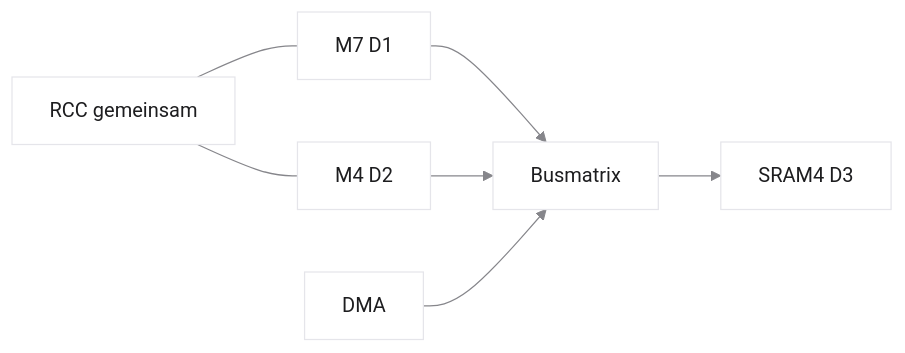
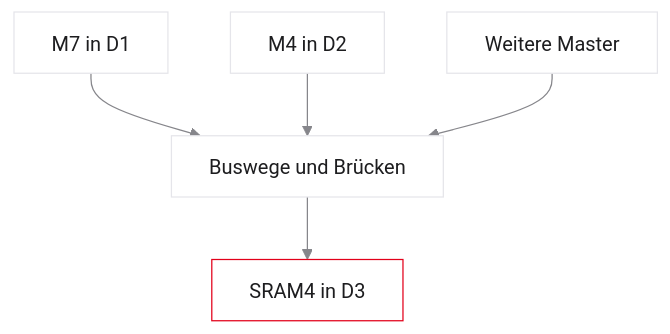
The third of 6 diagrams in vorlesungen/06_multicore-echtzeit.qmd (dantschi/echtzeitsysteme), drawn with Mermaid before and after one commit. The commit also changed other lines of this file and 8 other files, not shown here.

````diff
--- a/vorlesungen/06_multicore-echtzeit.qmd
+++ b/vorlesungen/06_multicore-echtzeit.qmd
@@ -306,11 +197,10 @@
 ```{mermaid}
-%%| fig-width: 6.2
-%%{init: {'theme': 'base', 'themeVariables': {'background': '#FFFFFF', 'primaryColor': '#FFFFFF', 'primaryBorderColor': '#E5E5EA', 'primaryTextColor': '#1D1D1F', 'lineColor': '#86868B'}}}%%
-flowchart LR
-  M7[M7 D1] --> BM[Busmatrix]
-  M4[M4 D2] --> BM
-  DMA[DMA] --> BM
-  BM --> S4[SRAM4 D3]
-  RCC[RCC gemeinsam] --- M7
-  RCC --- M4
+%%| fig-width: 5.4
+%%{init: {'theme': 'base', 'htmlLabels': false, 'flowchart': {'htmlLabels': false}, 'themeVariables': {'background': '#FFFFFF', 'primaryColor': '#FFFFFF', 'primaryBorderColor': '#E5E5EA', 'primaryTextColor': '#1D1D1F', 'lineColor': '#86868B'}}}%%
+flowchart TD
+  M7[M7 in D1] --> B[Buswege und Brücken]
+  M4[M4 in D2] --> B
+  D[Weitere Master] --> B
+  B --> S[SRAM4 in D3]
+  style S fill:#FFFFFF,stroke:#E2001A,stroke-width:2px !important
 ```
````
